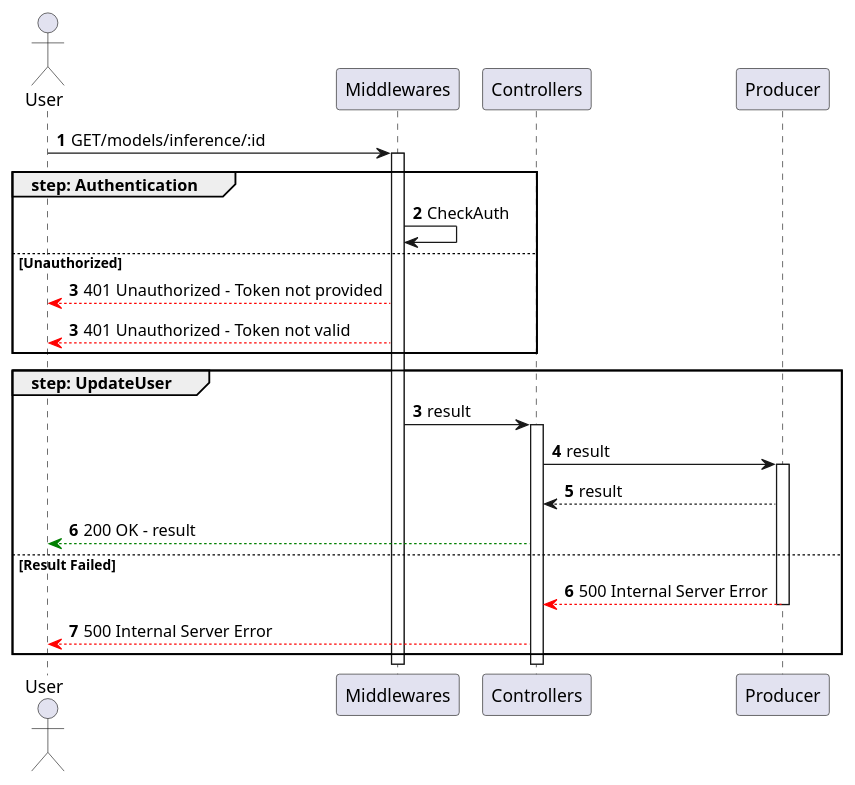
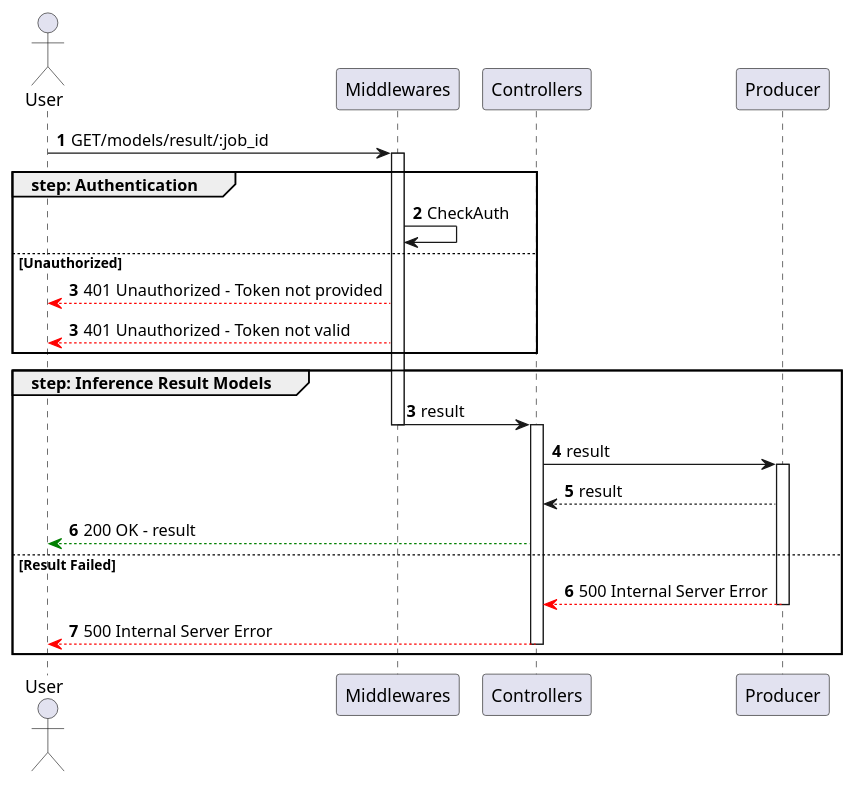
Before and after one commit to ShadowWalker1411/ProgrammazioneAvanzataREPO: the diagram in sequence_diagrams/models/InferenceResultModel copy.puml, drawn with PlantUML. The commit also changed 34 other files, not shown here.

```diff
--- a/sequence_diagrams/models/InferenceResultModel copy.puml
+++ b/sequence_diagrams/models/InferenceResultModel copy.puml
@@ -1,32 +1,32 @@
 @startuml inferenceResultModel
 
 actor User
 participant Middlewares
 participant Controllers
 participant Producer
 
 autonumber
-User -> Middlewares ++: GET/models/inference/:id
+User -> Middlewares ++: GET/models/result/:job_id
 
 group step: Authentication
     Middlewares -> Middlewares : CheckAuth
 else Unauthorized
     autonumber 3
     Middlewares --[#red]> User : 401 Unauthorized - Token not provided
     autonumber 3
     Middlewares --[#red]> User : 401 Unauthorized - Token not valid
 end
 
-group step: UpdateUser
+group step: Inference Result Models
     autonumber 3
-    Middlewares -> Controllers ++: result
+    Middlewares -> Controllers --++: result
     Controllers -> Producer ++: result
     Producer --> Controllers : result
     Controllers --[#green]> User : 200 OK - result
 else Result Failed
     autonumber 6
     Producer --[#red]> Controllers --: 500 Internal Server Error
-    Controllers --[#red]> User : 500 Internal Server Error
+    Controllers --[#red]> User --: 500 Internal Server Error
 end
 
 @enduml
```
